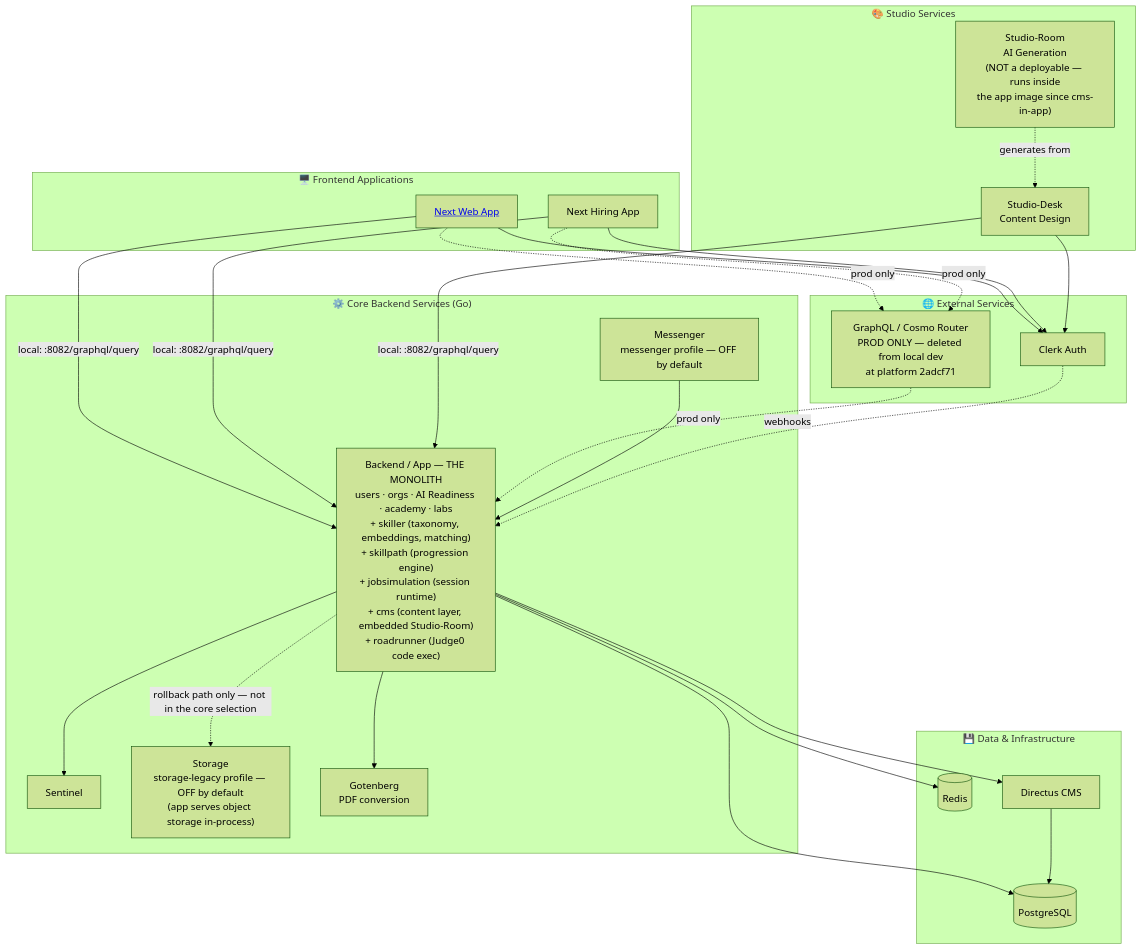
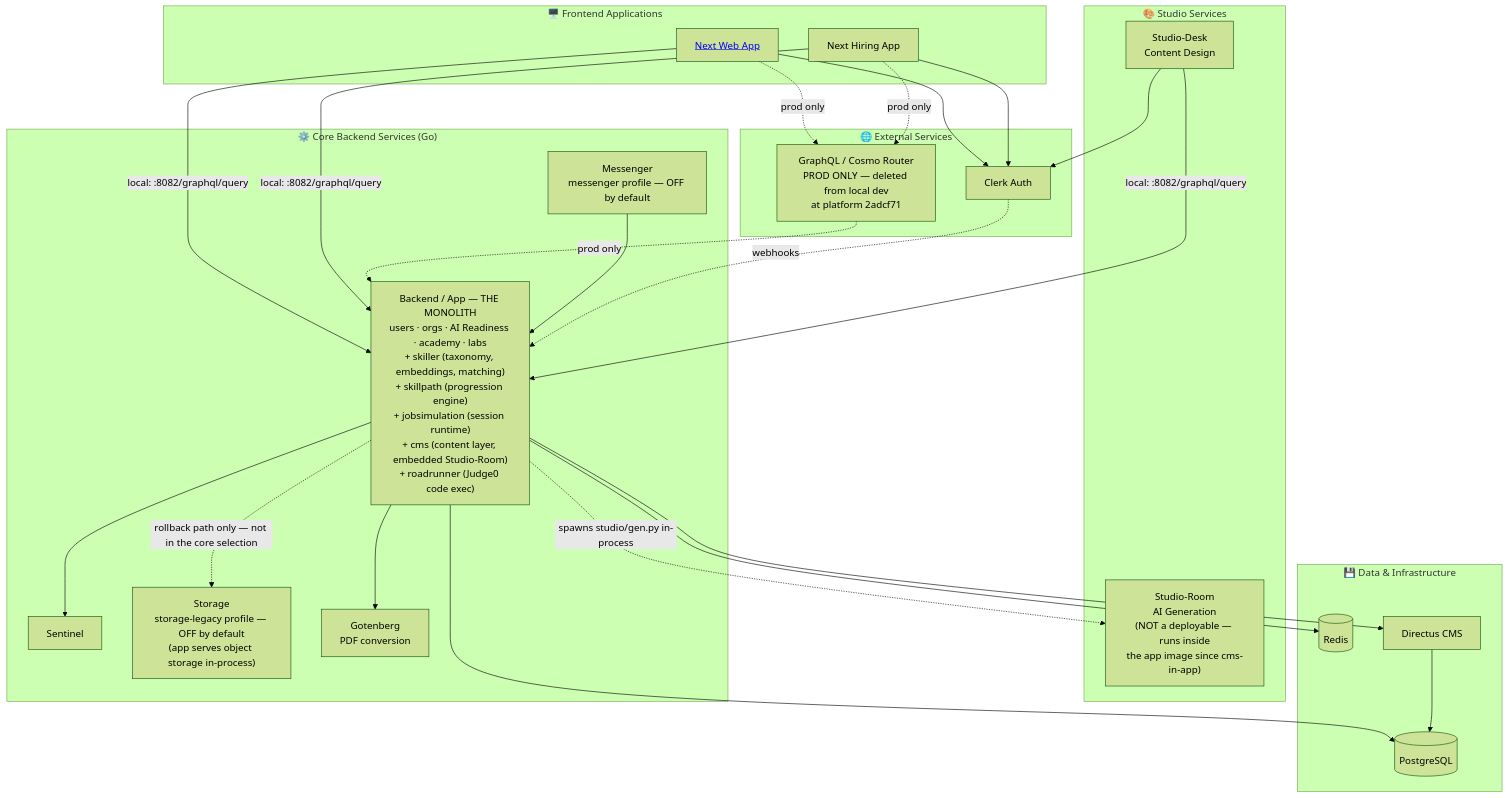
Before and after one commit to anthropos-work/rosetta: the diagram in corpus/architecture/architecture_overview.md, drawn with Mermaid (forest theme). The commit also changed other lines of this file and 38 other files, not shown here.

````diff
--- a/corpus/architecture/architecture_overview.md
+++ b/corpus/architecture/architecture_overview.md
@@ -79,64 +79,64 @@
 ```mermaid
 graph TD
     subgraph External["🌐 External Services"]
         Clerk[Clerk Auth]
         GraphQL["GraphQL / Cosmo Router<br/>PROD ONLY — deleted from local dev<br/>at platform 2adcf71"]
     end
     
     subgraph Frontend["🖥️ Frontend Applications"]
         Web[<a href='./frontend_architecture.md'>Next Web App</a>]
         Hiring[Next Hiring App]
     end
     
     subgraph Studio["🎨 Studio Services"]
         Desk[Studio-Desk<br/>Content Design]
         Room["Studio-Room<br/>AI Generation<br/>(NOT a deployable — runs inside<br/>the app image since cms-in-app)"]
     end
 
     subgraph Core["⚙️ Core Backend Services (Go)"]
         Gateway["Backend / App — THE MONOLITH<br/>users · orgs · AI Readiness · academy · labs<br/>+ skiller (taxonomy, embeddings, matching)<br/>+ skillpath (progression engine)<br/>+ jobsimulation (session runtime)<br/>+ cms (content layer, embedded Studio-Room)<br/>+ roadrunner (Judge0 code exec)"]
         Sentinel[Sentinel]
         Storage["Storage<br/>storage-legacy profile — OFF by default<br/>(app serves object storage in-process)"]
         Messenger[Messenger<br/>messenger profile — OFF by default]
         Gotenberg[Gotenberg<br/>PDF conversion]
     end
 
     subgraph Data["💾 Data & Infrastructure"]
         Postgres[(PostgreSQL)]
         Redis[(Redis)]
         Directus[Directus CMS]
     end
     
     %% Frontend connections
     Web --> Clerk
     Hiring --> Clerk
     Web -.->|prod only| GraphQL
     Hiring -.->|prod only| GraphQL
     Web -->|local: :8082/graphql/query| Gateway
     Hiring -->|local: :8082/graphql/query| Gateway
     
     %% Studio connections
     Desk --> Clerk
     Desk -->|local: :8082/graphql/query| Gateway
-    Room -.->|generates from| Desk
+    Gateway -.->|spawns studio/gen.py in-process| Room
     
     %% Router aggregation — PROD ONLY. ONE subgraph: backend. 915da06 deleted the cms AND jobsimulation
     %% entries in one commit (a 3 → 1 step) — the jobsimulation subgraph outlived jobsim-in-app.
     %% Locally there is no router at all: the frontends and studio-desk hit Gateway directly (edges above).
     GraphQL -.->|prod only| Gateway
 
     %% Core service dependencies
     Gateway --> Sentinel
     Gateway --> Gotenberg
     Gateway -.->|rollback path only — not in the core selection| Storage
     Gateway --> Directus
     Messenger --> Gateway
 
     %% Data connections
     Gateway --> Postgres
     Gateway --> Redis
     Directus --> Postgres
     
     %% Clerk integration
     Clerk -.->|webhooks| Gateway
 ```
````
